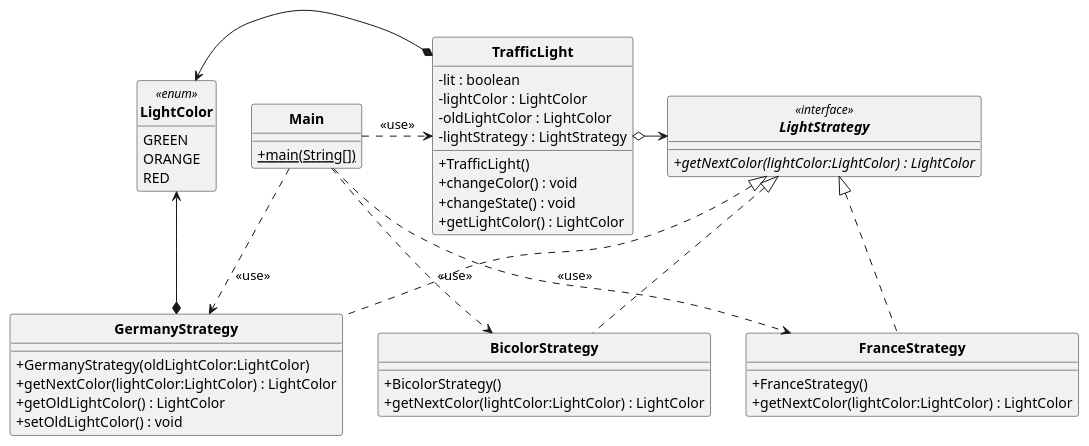
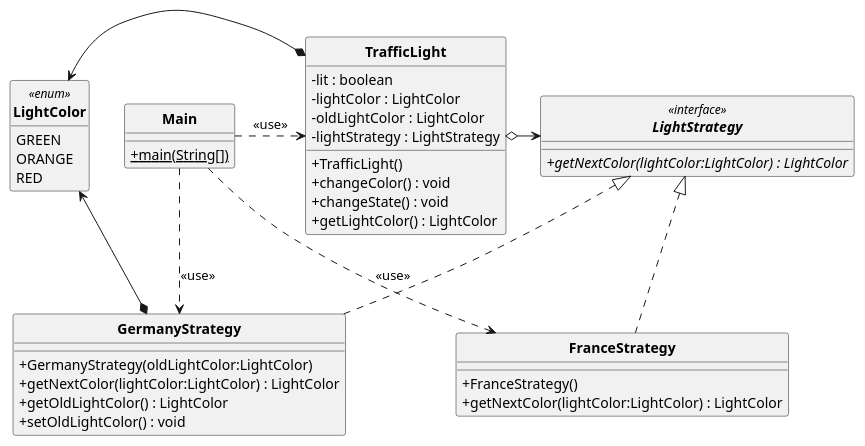
Before and after one commit to BaptisteWetterwald/dut-a31: the diagram in src/TD1/Exo3/exo3.puml, drawn with PlantUML.

Commit message:
Update uml td1 exo3

```diff
--- a/src/TD1/Exo3/exo3.puml
+++ b/src/TD1/Exo3/exo3.puml
@@ -1,67 +1,60 @@
 @startuml
 'https://plantuml.com/class-diagram
 
 skinparam style strictuml
 skinparam classAttributeIconSize 0
 skinparam classFontStyle Bold
 hide enum methods
 
 enum LightColor <<enum>>
 {
     GREEN
     ORANGE
     RED
 }
 
 interface LightStrategy <<interface>>
 {
     + {abstract} getNextColor(lightColor:LightColor) : LightColor
 }
 
 class Main
 {
     + {static} main(String[])
 }
 
 class TrafficLight
 {
     - lit : boolean
     - lightColor : LightColor
     - oldLightColor : LightColor
     - lightStrategy : LightStrategy
 
     + TrafficLight()
     + changeColor() : void
     + changeState() : void
     + getLightColor() : LightColor
 }
 
 class FranceStrategy implements LightStrategy
 {
     + FranceStrategy()
     + getNextColor(lightColor:LightColor) : LightColor
 }
 
 class GermanyStrategy implements LightStrategy
 {
     + GermanyStrategy(oldLightColor:LightColor)
     + getNextColor(lightColor:LightColor) : LightColor
     + getOldLightColor() : LightColor
     + setOldLightColor() : void
 }
 
-class BicolorStrategy implements LightStrategy
-{
-    + BicolorStrategy()
-    + getNextColor(lightColor:LightColor) : LightColor
-}
-
 TrafficLight o-> LightStrategy
 TrafficLight *-left> LightColor
 GermanyStrategy *-> LightColor
 Main .> TrafficLight : <<use>>
 Main .> FranceStrategy : <<use>>
 Main .> GermanyStrategy : <<use>>
-Main .> BicolorStrategy : <<use>>
 
 @enduml
```
